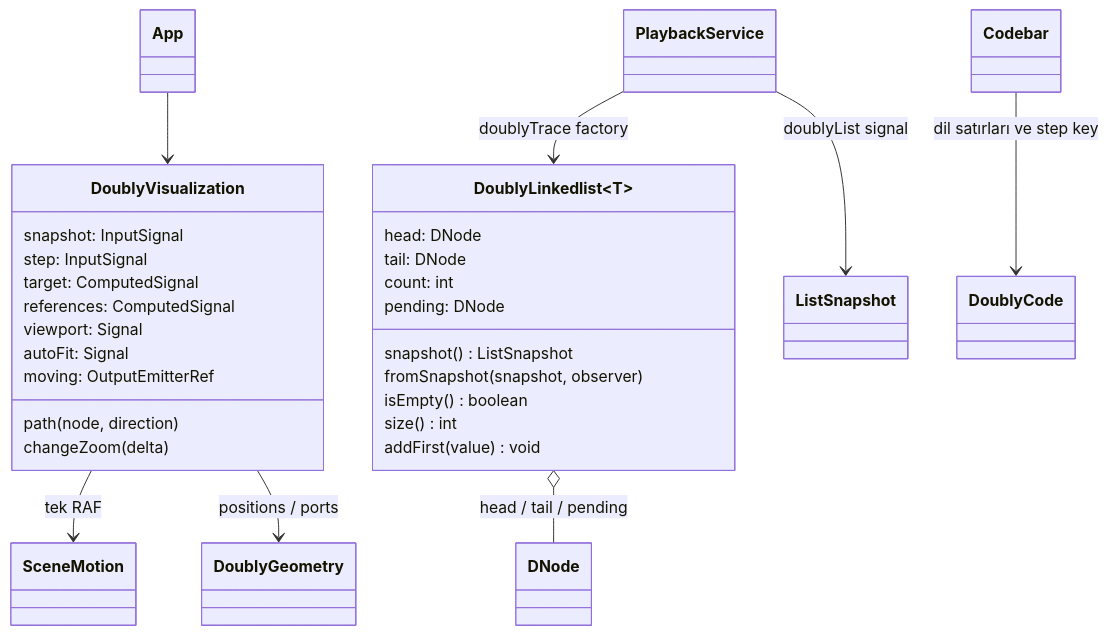
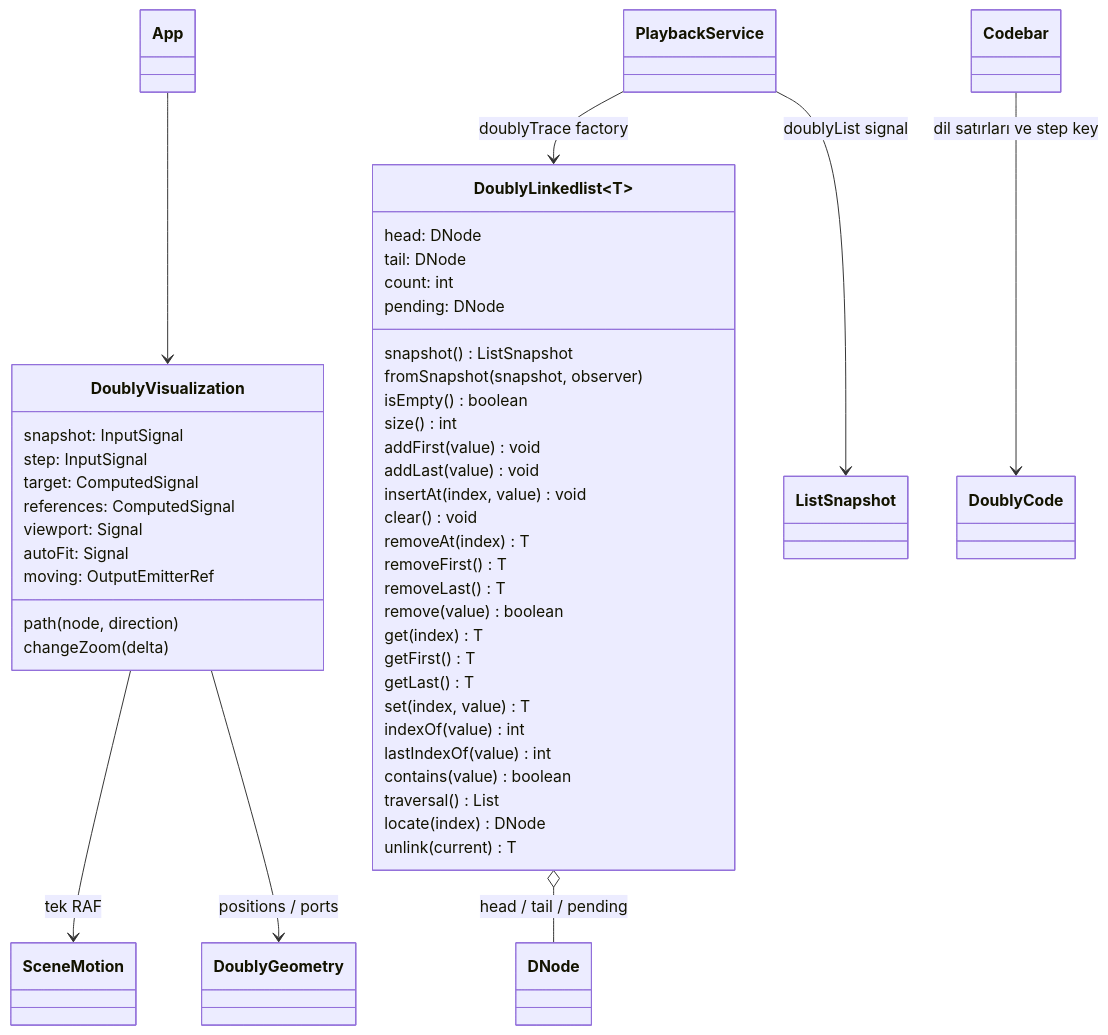
One commit to zeynepsalan/DS_Animation_V2 changed the fifth of 5 diagrams in docs/UML.md. Above: the diagram before and after it, drawn with Mermaid. The commit also changed other lines of this file and 79 other files, not shown here.

````diff
--- a/docs/UML.md
+++ b/docs/UML.md
@@ -338,32 +368,49 @@
 ```mermaid
 classDiagram
     class DoublyLinkedlist~T~ {
         head: DNode
         tail: DNode
         count: int
         pending: DNode
         snapshot() ListSnapshot
         fromSnapshot(snapshot, observer)
         isEmpty() boolean
         size() int
         addFirst(value) void
+        addLast(value) void
+        insertAt(index, value) void
+        clear() void
+        removeAt(index) T
+        removeFirst() T
+        removeLast() T
+        remove(value) boolean
+        get(index) T
+        getFirst() T
+        getLast() T
+        set(index, value) T
+        indexOf(value) int
+        lastIndexOf(value) int
+        contains(value) boolean
+        traversal() List
+        locate(index) DNode
+        unlink(current) T
     }
     class DoublyVisualization {
         snapshot: InputSignal
         step: InputSignal
         target: ComputedSignal
         references: ComputedSignal
         viewport: Signal
         autoFit: Signal
         moving: OutputEmitterRef
         path(node, direction)
         changeZoom(delta)
     }
     App --> DoublyVisualization
     PlaybackService --> DoublyLinkedlist : doublyTrace factory
     PlaybackService --> ListSnapshot : doublyList signal
     DoublyLinkedlist o-- DNode : head / tail / pending
     DoublyVisualization --> SceneMotion : tek RAF
     DoublyVisualization --> DoublyGeometry : positions / ports
     Codebar --> DoublyCode : dil satırları ve step key
 ```
````
